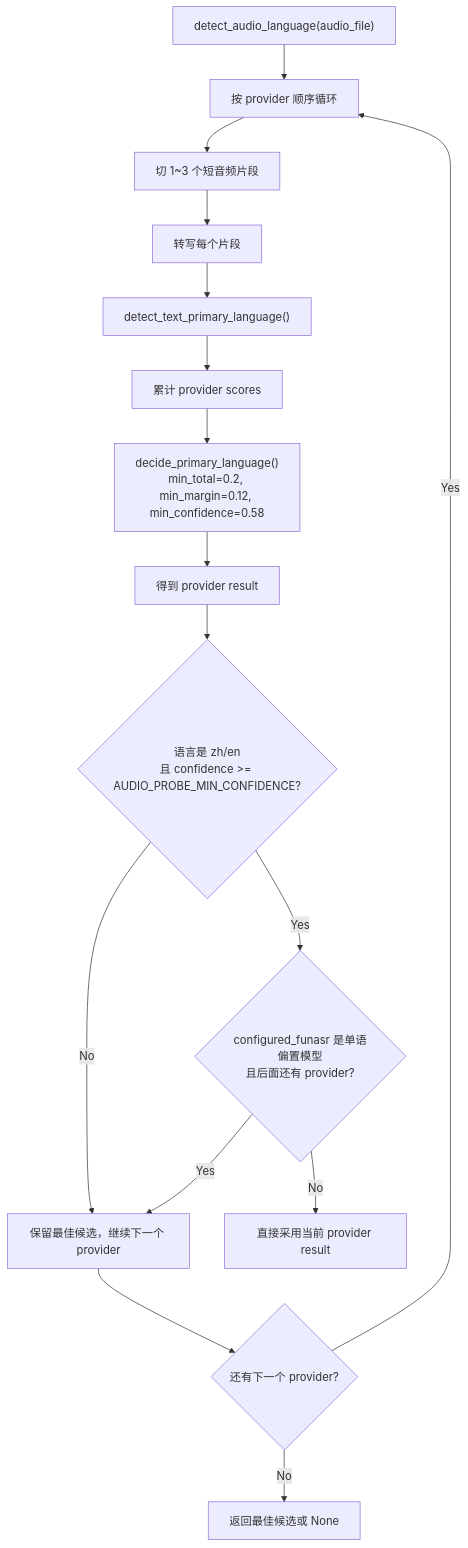
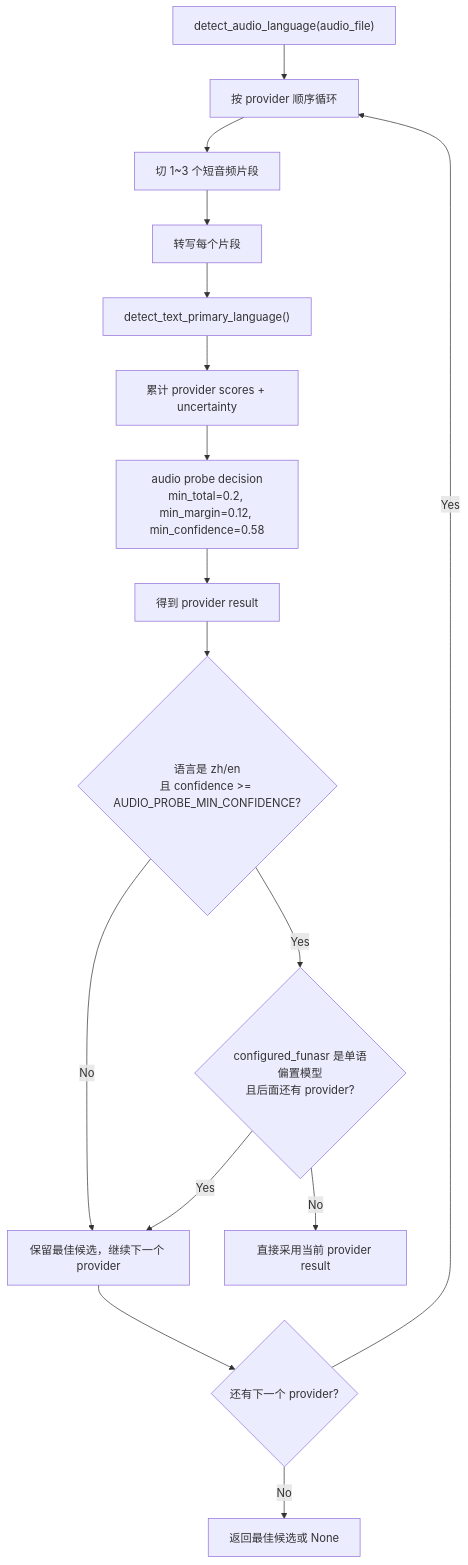
Before and after one commit to FelixHuoEZ/subtitle-processor: the third of 3 diagrams in docs/language-decision-logic.md, drawn with Mermaid. The commit also changed other lines of this file and 7 other files, not shown here.

Commit message:
feat(language): confirm low-confidence Telegram tasks

````diff
--- a/docs/language-decision-logic.md
+++ b/docs/language-decision-logic.md
@@ -181,18 +200,18 @@
 ```mermaid
 flowchart TD
     A["detect_audio_language(audio_file)"] --> B["按 provider 顺序循环"]
     B --> C["切 1~3 个短音频片段"]
     C --> D["转写每个片段"]
     D --> E["detect_text_primary_language()"]
-    E --> F["累计 provider scores"]
-    F --> G["decide_primary_language()<br/>min_total=0.2, min_margin=0.12, min_confidence=0.58"]
+    E --> F["累计 provider scores + uncertainty"]
+    F --> G["audio probe decision<br/>min_total=0.2, min_margin=0.12, min_confidence=0.58"]
     G --> H["得到 provider result"]
     H --> I{"语言是 zh/en<br/>且 confidence >= AUDIO_PROBE_MIN_CONFIDENCE?"}
     I -- No --> J["保留最佳候选，继续下一个 provider"]
     I -- Yes --> K{"configured_funasr 是单语偏置模型<br/>且后面还有 provider?"}
     K -- Yes --> J
     K -- No --> L["直接采用当前 provider result"]
     J --> M{"还有下一个 provider?"}
     M -- Yes --> B
     M -- No --> N["返回最佳候选或 None"]
 ```
````
